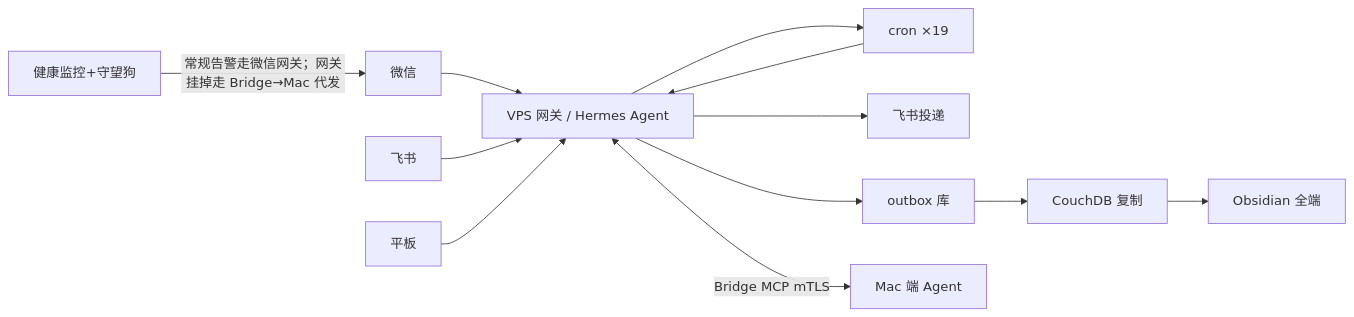
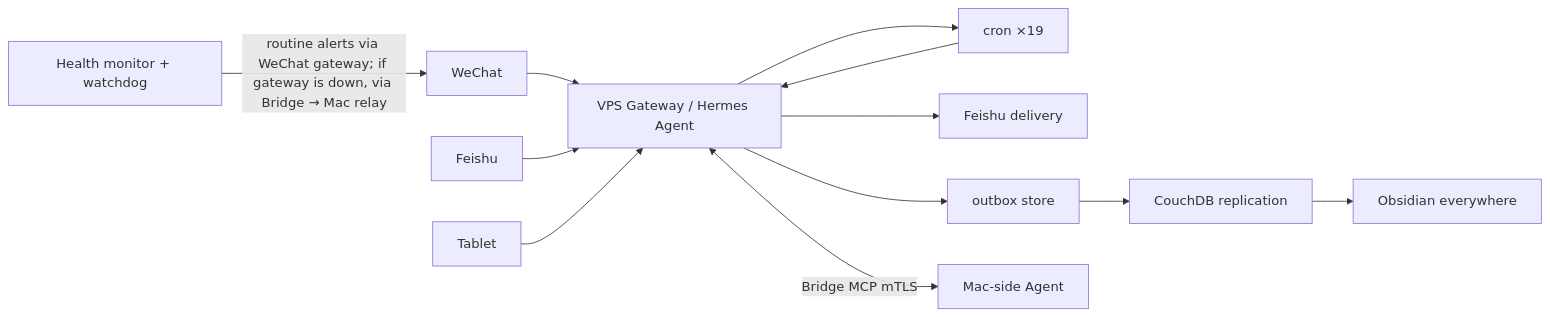
One commit to wangq32801-dev/assistant-os changed the diagram in README.md. Above: the diagram before and after it, drawn with Mermaid. The commit also changed other lines of this file and 1 other file, not shown here.

````diff
--- a/README.md
+++ b/README.md
@@ -29,12 +31,12 @@
 ```mermaid
 flowchart LR
-    WX[微信] --> GW
-    FS[飞书] --> GW
-    PAD[平板] --> GW
-    GW[VPS 网关 / Hermes Agent] --> CRON[cron ×19]
-    GW --> FSOUT[飞书投递]
-    GW --> OBS[outbox 库] --> COUCH[CouchDB 复制] --> OBSEND[Obsidian 全端]
+    WX[WeChat] --> GW
+    FS[Feishu] --> GW
+    PAD[Tablet] --> GW
+    GW[VPS Gateway / Hermes Agent] --> CRON[cron ×19]
+    GW --> FSOUT[Feishu delivery]
+    GW --> OBS[outbox store] --> COUCH[CouchDB replication] --> OBSEND[Obsidian everywhere]
     CRON --> GW
-    GW <-->|Bridge MCP mTLS| MAC[Mac 端 Agent]
-    MON[健康监控+守望狗] -->|常规告警走微信网关；网关挂掉走 Bridge→Mac 代发| WX
+    GW <-->|Bridge MCP mTLS| MAC[Mac-side Agent]
+    MON[Health monitor + watchdog] -->|routine alerts via WeChat gateway; if gateway is down, via Bridge → Mac relay| WX
 ```
````
